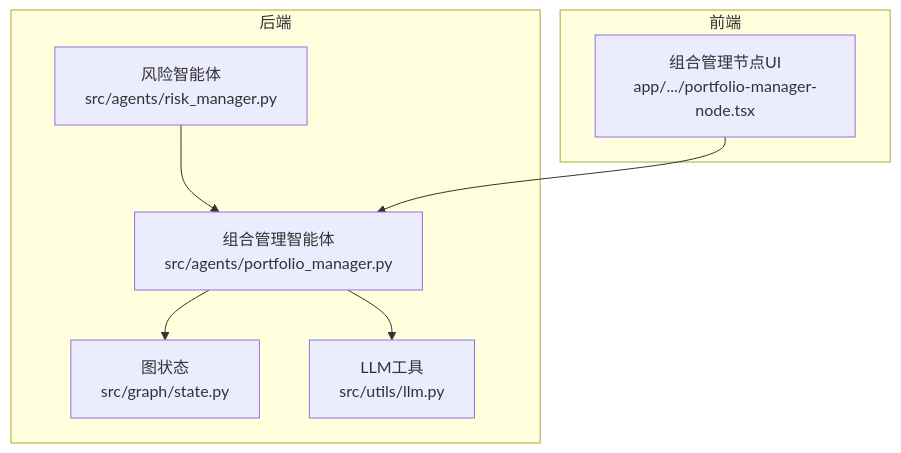
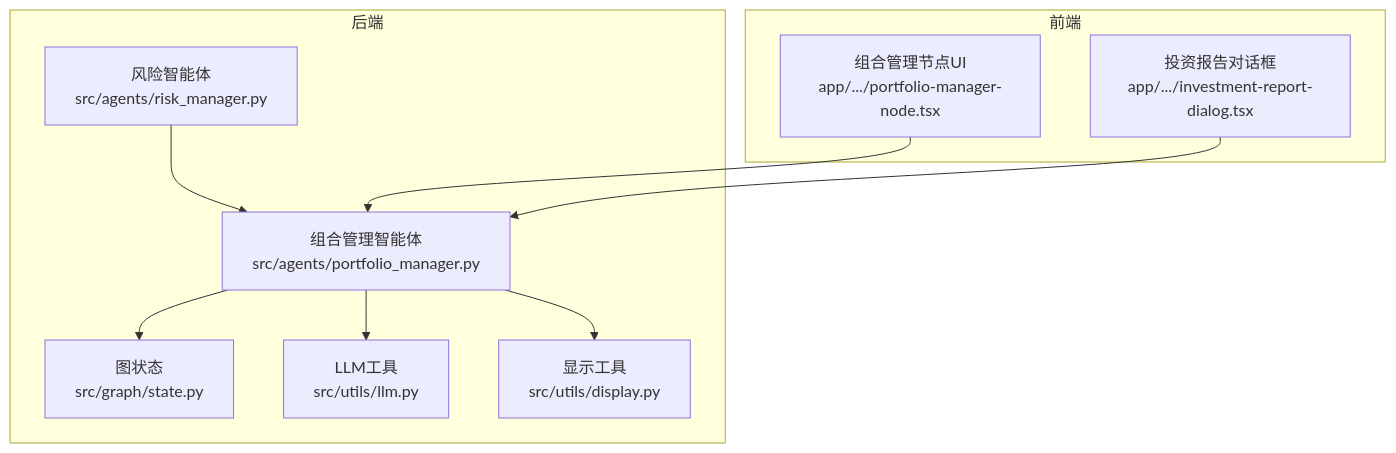
The first of 7 diagrams in .qoder/repowiki/zh/content/多智能体系统/组合管理智能体.md (lichen14-hash/ai-hedge-fund), drawn with Mermaid before and after one commit. The commit also changed other lines of this file and 24 other files, not shown here.

````diff
--- a/.qoder/repowiki/zh/content/多智能体系统/组合管理智能体.md
+++ b/.qoder/repowiki/zh/content/多智能体系统/组合管理智能体.md
@@ -36,16 +47,20 @@
 ```mermaid
 graph TB
 subgraph "后端"
 PM["组合管理智能体<br/>src/agents/portfolio_manager.py"]
 RM["风险智能体<br/>src/agents/risk_manager.py"]
 GS["图状态<br/>src/graph/state.py"]
 LLMU["LLM工具<br/>src/utils/llm.py"]
+DISPLAY["显示工具<br/>src/utils/display.py"]
 end
 subgraph "前端"
 PMN["组合管理节点UI<br/>app/.../portfolio-manager-node.tsx"]
+IRD["投资报告对话框<br/>app/.../investment-report-dialog.tsx"]
 end
 RM --> PM
 PM --> LLMU
 PM --> GS
+PM --> DISPLAY
 PMN --> PM
+IRD --> PM
 ```
````
